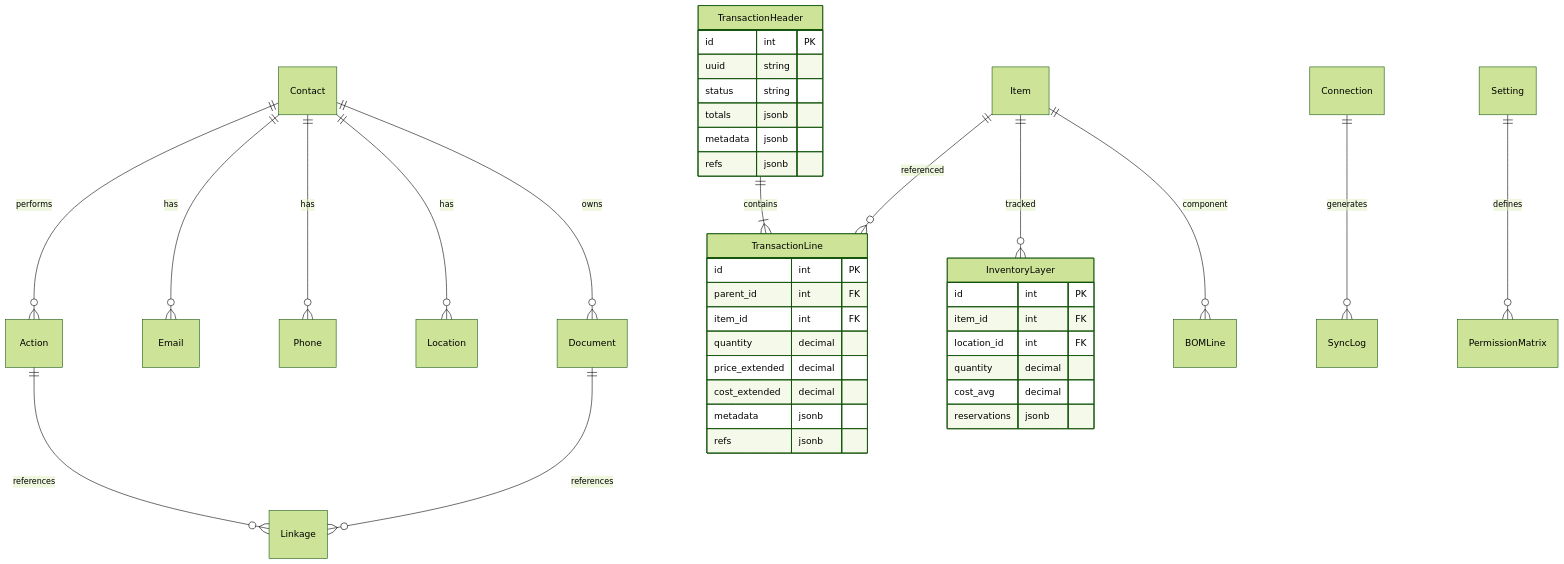
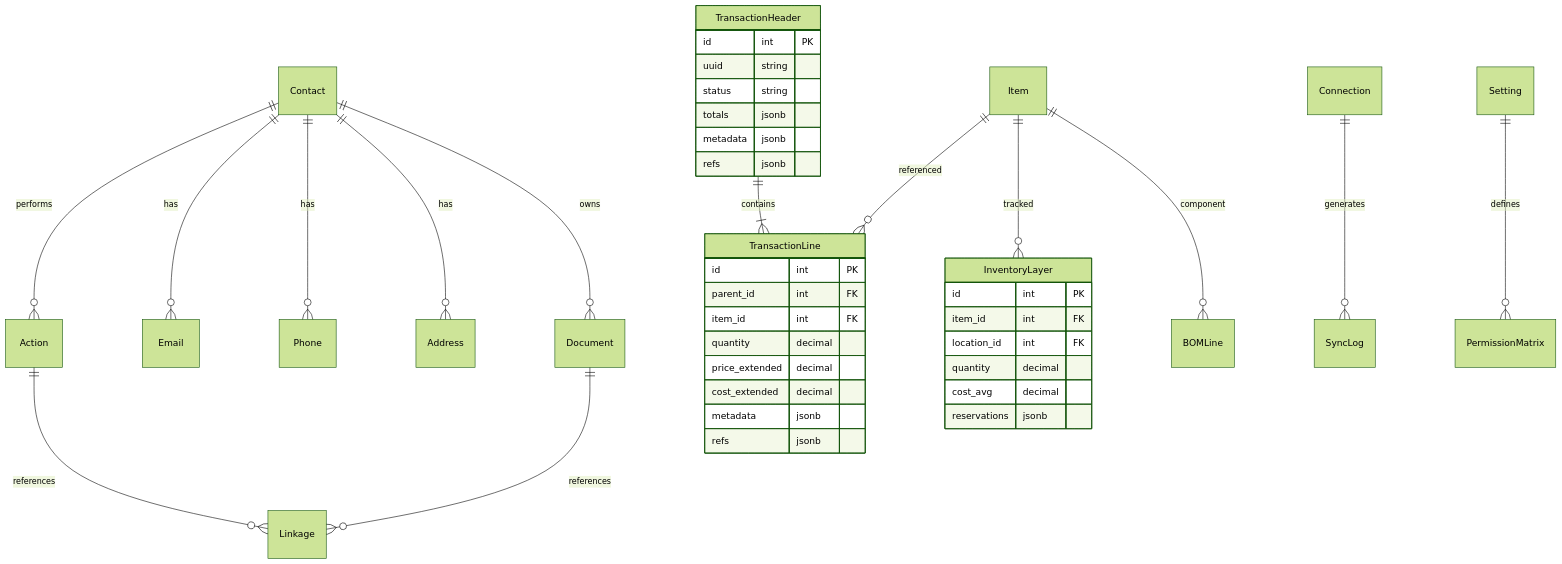
Before and after one commit to JPods/WebClerk: the first of 4 diagrams in readmes/01-architecture-overview.md, drawn with Mermaid (forest theme). The commit also changed other lines of this file and 38 other files, not shown here.

Commit message:
scrub and protect model renames location -> address, sales_order -> order...

````diff
--- a/readmes/01-architecture-overview.md
+++ b/readmes/01-architecture-overview.md
@@ -113,48 +113,48 @@
 ```mermaid
 erDiagram
     Contact ||--o{ Action : "performs"
     Contact ||--o{ Email : "has"
     Contact ||--o{ Phone : "has"
-    Contact ||--o{ Location : "has"
+    Contact ||--o{ Address : "has"
     Contact ||--o{ Document : "owns"
 
     Action ||--o{ Linkage : "references"
     Document ||--o{ Linkage : "references"
 
     TransactionHeader ||--|{ TransactionLine : "contains"
     TransactionHeader {
         id int PK
         uuid string
         status string
         totals jsonb
         metadata jsonb
         refs jsonb
     }
 
     TransactionLine {
         id int PK
         parent_id int FK
         item_id int FK
         quantity decimal
         price_extended decimal
         cost_extended decimal
         metadata jsonb
         refs jsonb
     }
 
     Item ||--o{ TransactionLine : "referenced"
     Item ||--o{ InventoryLayer : "tracked"
     Item ||--o{ BOMLine : "component"
 
     InventoryLayer {
         id int PK
         item_id int FK
         location_id int FK
         quantity decimal
         cost_avg decimal
         reservations jsonb
     }
 
     Connection ||--o{ SyncLog : "generates"
     Setting ||--o{ PermissionMatrix : "defines"
 ```
````
